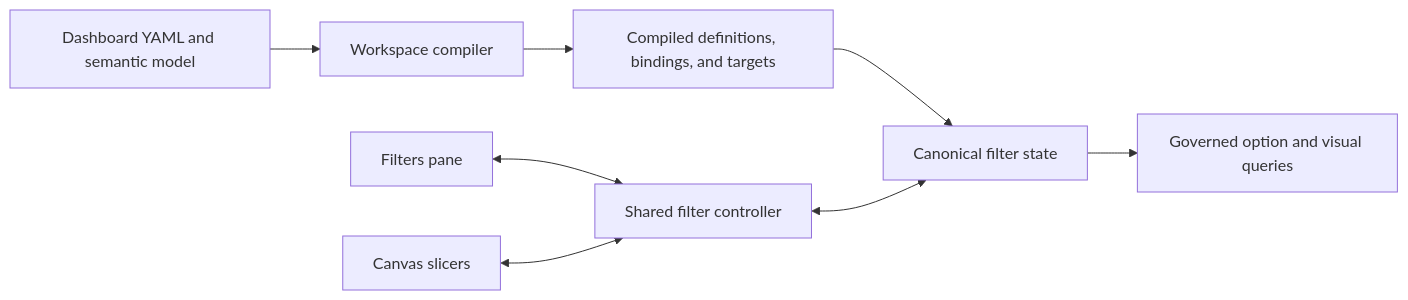
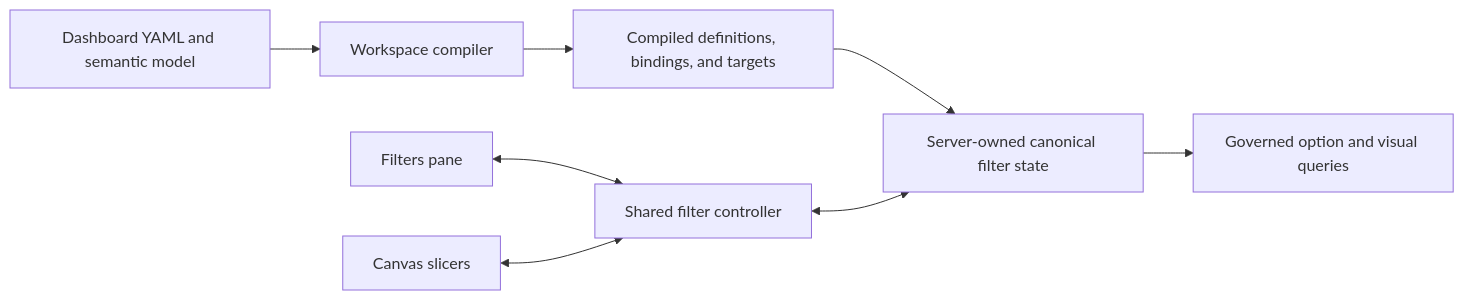
One commit to Yacobolo/leapview changed the diagram in docs/articles/architecture/filters-slicers.md. Above: the diagram before and after it, drawn with Mermaid. The commit also changed other lines of this file, not shown here.

Commit message:
docs: clarify filter state boundaries

````diff
--- a/docs/articles/architecture/filters-slicers.md
+++ b/docs/articles/architecture/filters-slicers.md
@@ -82,12 +82,12 @@
 ```mermaid
 flowchart LR
   accTitle: LeapView filter and slicer target architecture
-  accDescr: Dashboard definitions compile into semantic filter definitions and scoped bindings. Canonical state is edited through a shared controller and rendered by both the Filters pane and canvas slicers. Applied state drives governed option and visual queries.
+  accDescr: Dashboard definitions compile into semantic filter definitions and scoped bindings. A shared browser controller sends typed commands to server-owned canonical state and renders both the Filters pane and canvas slicers. Applied state drives governed option and visual queries.
   authored["Dashboard YAML and semantic model"] --> compiler["Workspace compiler"]
   compiler --> contract["Compiled definitions, bindings, and targets"]
-  contract --> state["Canonical filter state"]
+  contract --> state["Server-owned canonical filter state"]
   pane["Filters pane"] <--> controller["Shared filter controller"]
   slicer["Canvas slicers"] <--> controller
   controller <--> state
   state --> queries["Governed option and visual queries"]
 ```
````
